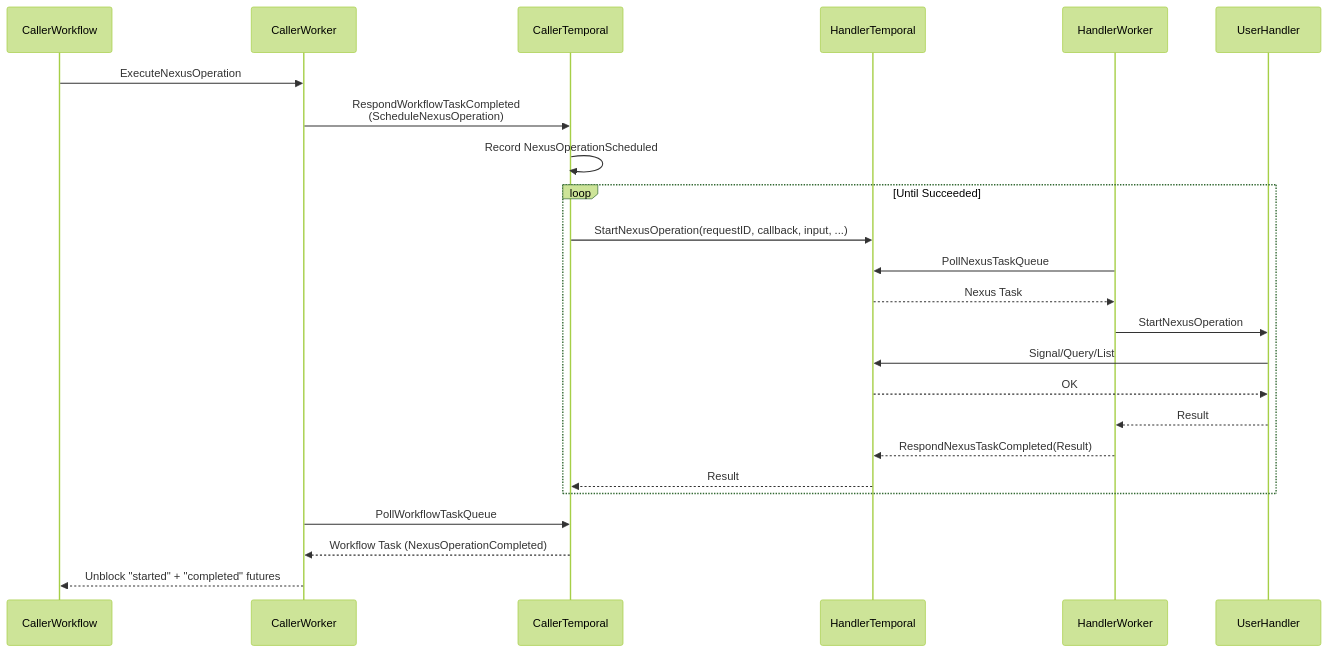
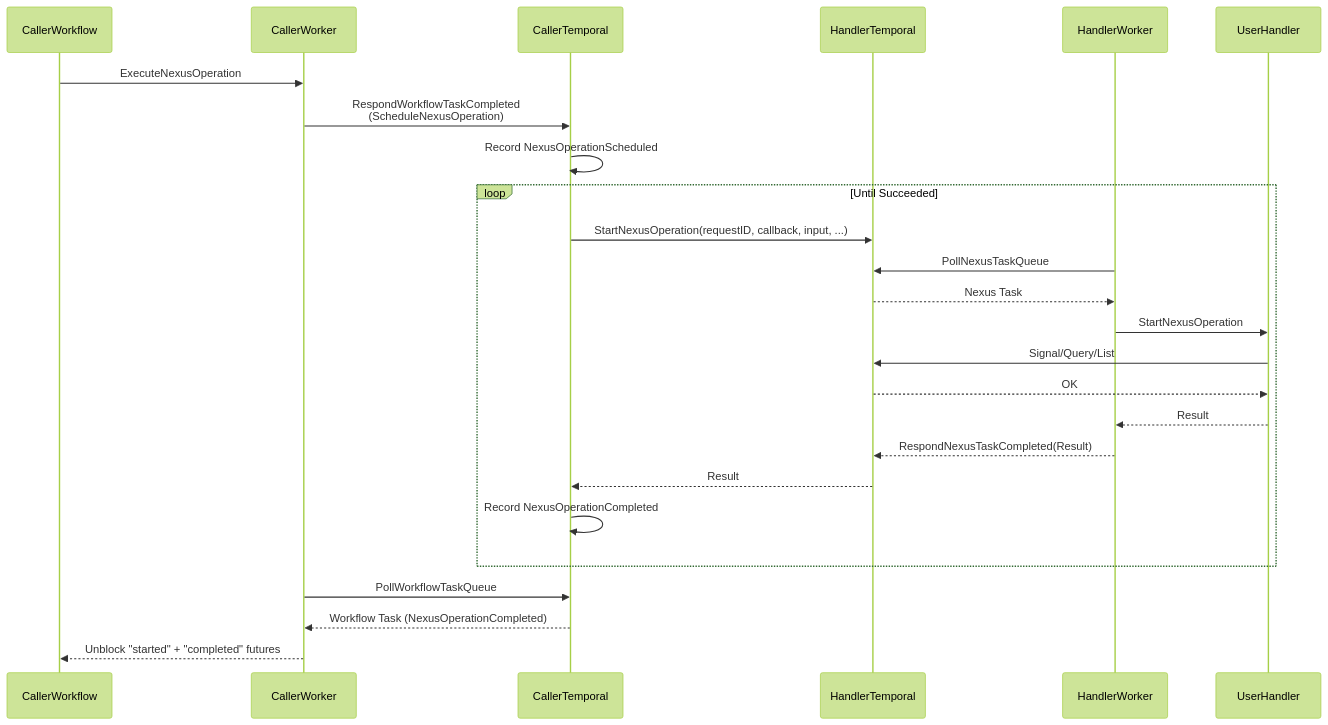
Before and after one commit to temporalio/proposals: the second of 2 diagrams in nexus/sdk-go.md, drawn with Mermaid (forest theme). The commit also changed other lines of this file, not shown here.

Commit message:
Minor fixes for Nexus Go SDK proposal (#90)

````diff
--- a/nexus/sdk-go.md
+++ b/nexus/sdk-go.md
@@ -350,20 +352,21 @@
 ```mermaid
 sequenceDiagram
     CallerWorkflow->>CallerWorker: ExecuteNexusOperation
     CallerWorker->>CallerTemporal: RespondWorkflowTaskCompleted<br>(ScheduleNexusOperation)
     CallerTemporal->>CallerTemporal: Record NexusOperationScheduled
     loop Until Succeeded
         CallerTemporal->>HandlerTemporal: StartNexusOperation(requestID, callback, input, ...)
         HandlerWorker->>HandlerTemporal: PollNexusTaskQueue
         HandlerTemporal-->>HandlerWorker: Nexus Task
         HandlerWorker->>UserHandler: StartNexusOperation
         UserHandler->>HandlerTemporal: Signal/Query/List
         HandlerTemporal-->>UserHandler: OK
         UserHandler-->>HandlerWorker: Result
         HandlerWorker-->>HandlerTemporal: RespondNexusTaskCompleted(Result)
         HandlerTemporal-->>CallerTemporal: Result
+        CallerTemporal->>CallerTemporal: Record NexusOperationCompleted
     end
     CallerWorker->>CallerTemporal: PollWorkflowTaskQueue
     CallerTemporal-->>CallerWorker: Workflow Task (NexusOperationCompleted)
     CallerWorker-->>CallerWorkflow: Unblock "started" + "completed" futures
 ```
````
